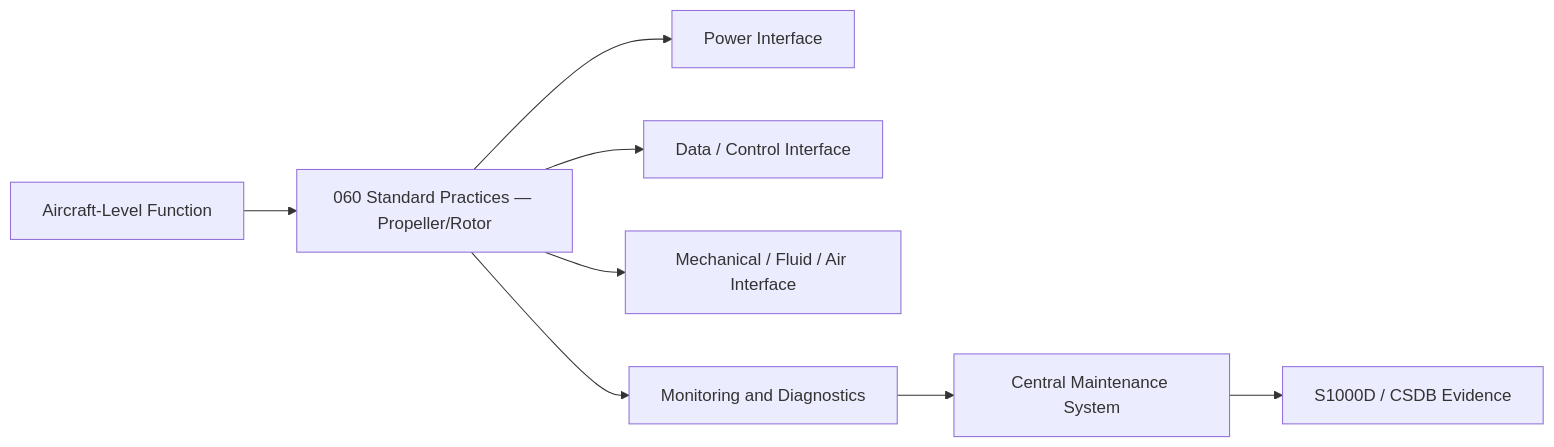
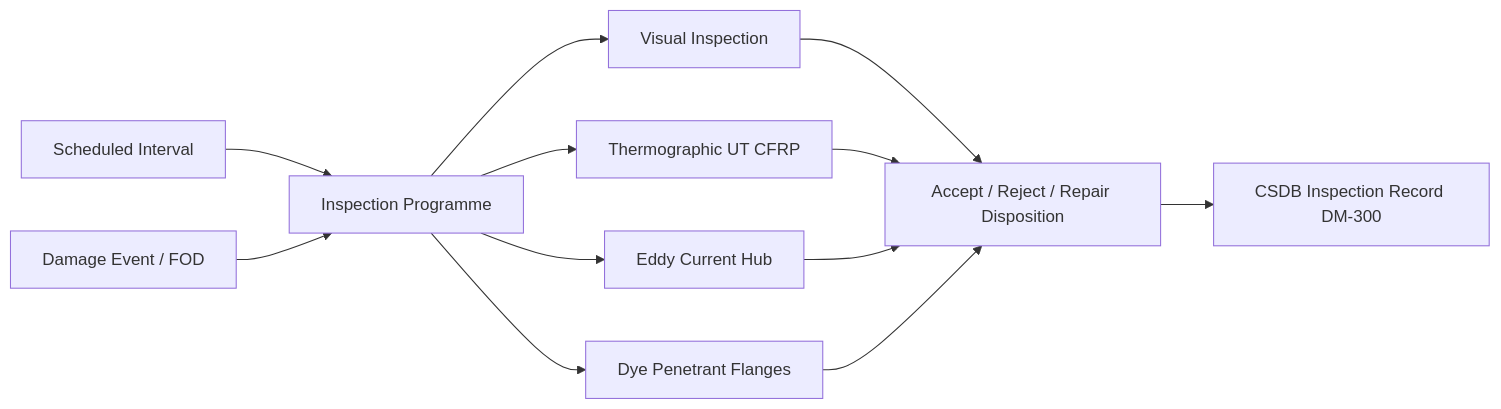
The first of 2 diagrams in Q+ATLANTIDE/000-099_ATLAS/060-069_Propulsion-Tradicional/060_Standard-Practices-Propeller-Rotor/060-030-Propeller-Rotor-Inspection-and-NDT.md (AmedeoPelliccia/Qplus-For-All-Queer-People-and-Quantum), drawn with Mermaid before and after one commit. The commit also changed other lines of this file and 74 other files, not shown here.

````diff
--- a/Q+ATLANTIDE/000-099_ATLAS/060-069_Propulsion-Tradicional/060_Standard-Practices-Propeller-Rotor/060-030-Propeller-Rotor-Inspection-and-NDT.md
+++ b/Q+ATLANTIDE/000-099_ATLAS/060-069_Propulsion-Tradicional/060_Standard-Practices-Propeller-Rotor/060-030-Propeller-Rotor-Inspection-and-NDT.md
@@ -153,10 +97,14 @@
 ```mermaid
 flowchart LR
-    A[Aircraft-Level Function] --> B[060 Standard Practices — Propeller/Rotor]
-    B --> C[Power Interface]
-    B --> D[Data / Control Interface]
-    B --> E[Mechanical / Fluid / Air Interface]
-    B --> F[Monitoring and Diagnostics]
-    F --> G[Central Maintenance System]
-    G --> H[S1000D / CSDB Evidence]
+    A[Scheduled Interval] --> B[Inspection Programme]
+    C[Damage Event / FOD] --> B
+    B --> D[Visual Inspection]
+    B --> E[Thermographic UT CFRP]
+    B --> F[Eddy Current Hub]
+    B --> G[Dye Penetrant Flanges]
+    D --> H[Accept / Reject / Repair Disposition]
+    E --> H
+    F --> H
+    G --> H
+    H --> I[CSDB Inspection Record DM-300]
 ```
````
